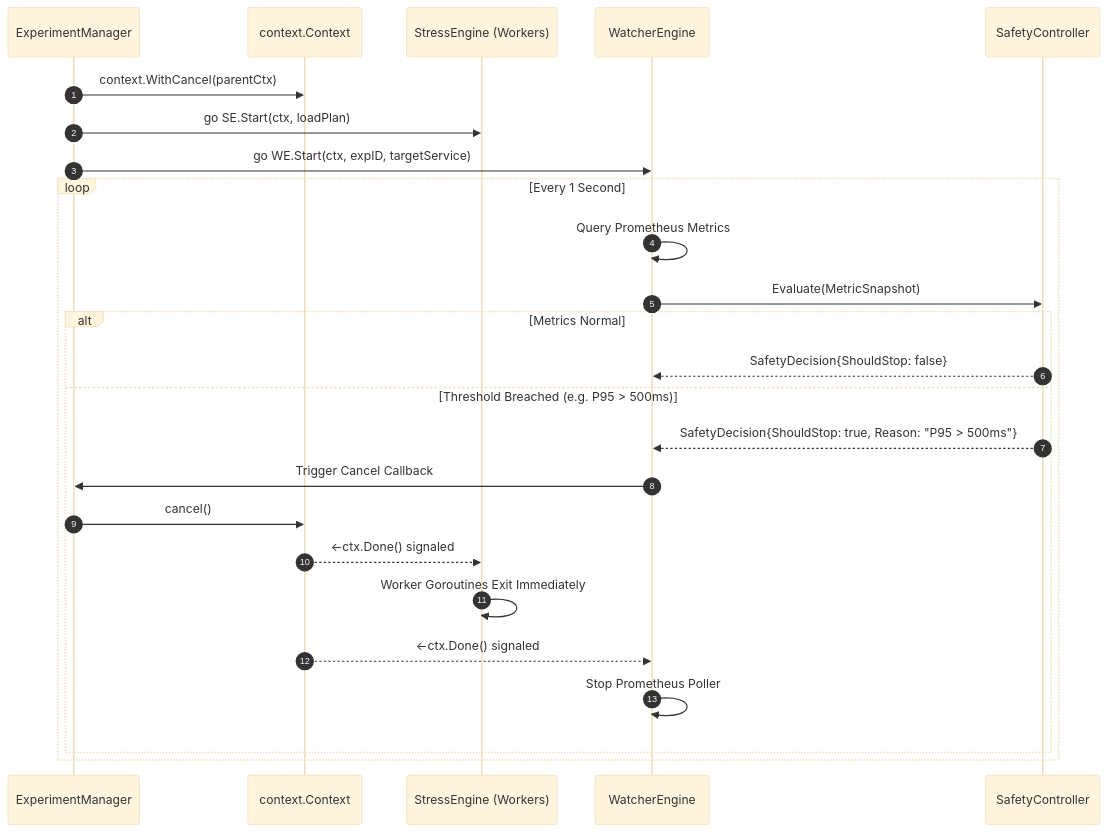
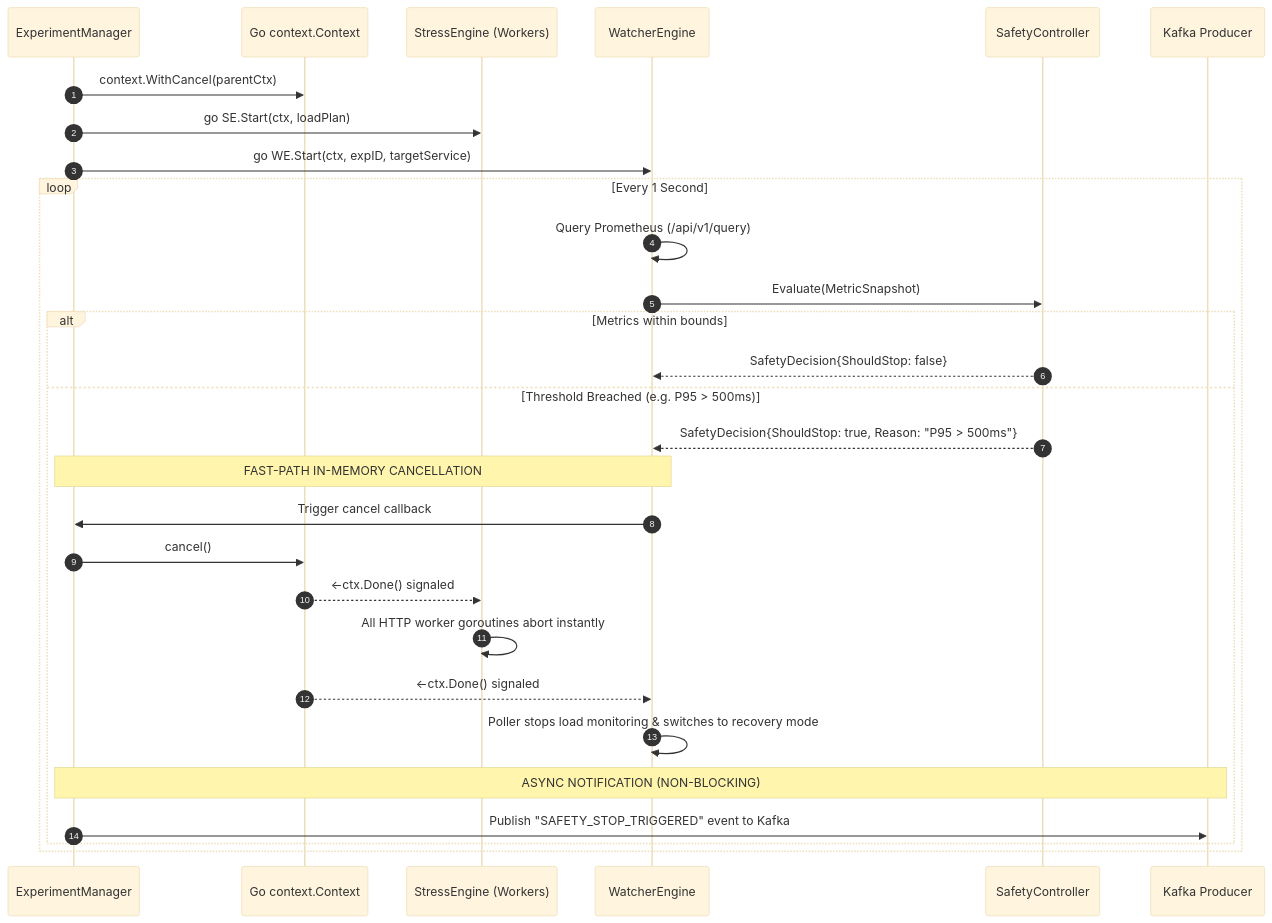
The second of 2 diagrams in docs/LLD.md (drumilbhati/damascus), drawn with Mermaid (base theme) before and after one commit. The commit also changed other lines of this file and 8 other files, not shown here.

Commit message:
Refine Architecture For Autonomous Resilience Testing

````diff
--- a/docs/LLD.md
+++ b/docs/LLD.md
@@ -306,29 +331,33 @@
 ```mermaid
 sequenceDiagram
     autonumber
     participant EM as ExperimentManager
-    participant Ctx as context.Context
+    participant Ctx as Go context.Context
     participant SE as StressEngine (Workers)
     participant WE as WatcherEngine
     participant SC as SafetyController
+    participant KF as Kafka Producer
 
     EM->>Ctx: context.WithCancel(parentCtx)
     EM->>SE: go SE.Start(ctx, loadPlan)
     EM->>WE: go WE.Start(ctx, expID, targetService)
     
     loop Every 1 Second
-        WE->>WE: Query Prometheus Metrics
+        WE->>WE: Query Prometheus (/api/v1/query)
         WE->>SC: Evaluate(MetricSnapshot)
-        alt Metrics Normal
+        alt Metrics within bounds
             SC-->>WE: SafetyDecision{ShouldStop: false}
         else Threshold Breached (e.g. P95 > 500ms)
             SC-->>WE: SafetyDecision{ShouldStop: true, Reason: "P95 > 500ms"}
-            WE->>EM: Trigger Cancel Callback
+            Note over WE,EM: FAST-PATH IN-MEMORY CANCELLATION
+            WE->>EM: Trigger cancel callback
             EM->>Ctx: cancel()
             Ctx-->>SE: <-ctx.Done() signaled
-            SE->>SE: Worker Goroutines Exit Immediately
+            SE->>SE: All HTTP worker goroutines abort instantly
             Ctx-->>WE: <-ctx.Done() signaled
-            WE->>WE: Stop Prometheus Poller
+            WE->>WE: Poller stops load monitoring & switches to recovery mode
+            Note over EM,KF: ASYNC NOTIFICATION (NON-BLOCKING)
+            EM->>KF: Publish "SAFETY_STOP_TRIGGERED" event to Kafka
         end
     end
 ```
````
